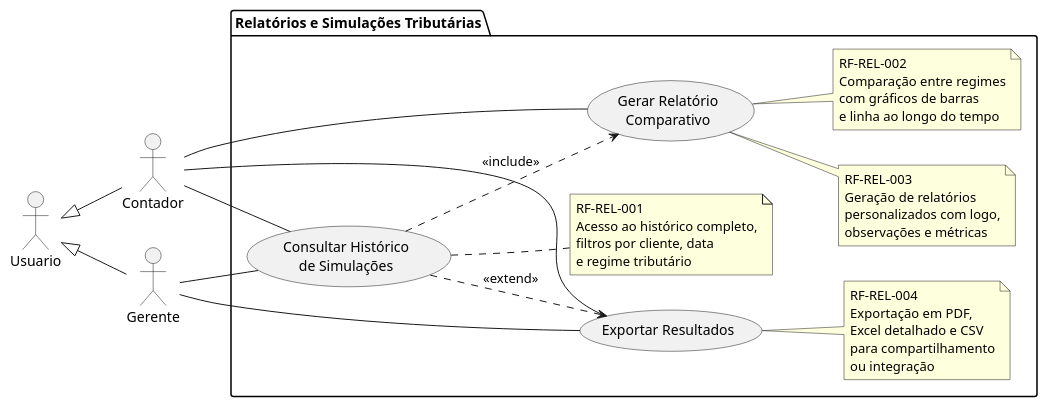
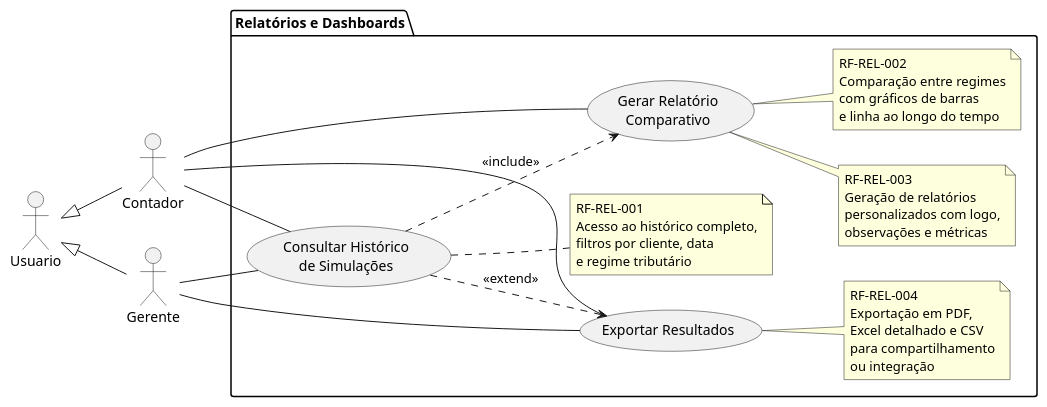
The diagram in specs/diagrams/uml/relatorio.puml (araujofs/sst), drawn with PlantUML before and after one commit.

Commit message:
fix: change package name in relatorio diagram

```diff
--- a/specs/diagrams/uml/relatorio.puml
+++ b/specs/diagrams/uml/relatorio.puml
@@ -1,49 +1,49 @@
-@startuml
+@startuml  relatorio
 left to right direction
 
 actor Usuario
 actor Contador
 actor Gerente
 
 Usuario <|-- Contador
 Usuario <|-- Gerente
 
-package "Relatórios e Simulações Tributárias" {
+package "Relatórios e Dashboards" {
 
   ' UC01 – RF-REL-001
   (Consultar Histórico\nde Simulações) as hist
 
   ' UC02 – RF-REL-002, RF-REL-003
   (Gerar Relatório\nComparativo) as comp
 
   ' UC03 – RF-REL-004
   (Exportar Resultados) as exp
 
   ' associações
   Contador -- hist
   Gerente  -- hist
 
   Contador -- comp
 
   Contador -- exp
   Gerente  -- exp
 
   ' relacionamentos entre casos
   hist ..> comp : <<include>>
   hist ..> exp  : <<extend>>
 
   ' notas de requisitos
   note "RF-REL-001\nAcesso ao histórico completo,\nfiltros por cliente, data\ne regime tributário" as n1
   hist .. n1
 
   note "RF-REL-002\nComparação entre regimes\ncom gráficos de barras\ne linha ao longo do tempo" as n2
   comp .. n2
 
   note "RF-REL-003\nGeração de relatórios\npersonalizados com logo,\nobservações e métricas" as n3
   comp .. n3
 
   note "RF-REL-004\nExportação em PDF,\nExcel detalhado e CSV\npara compartilhamento\nou integração" as n4
   exp .. n4
 }
 
 @enduml
```
